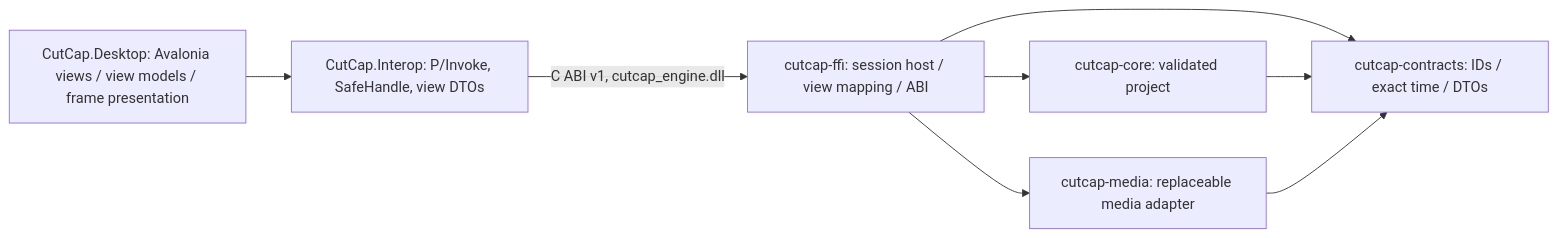
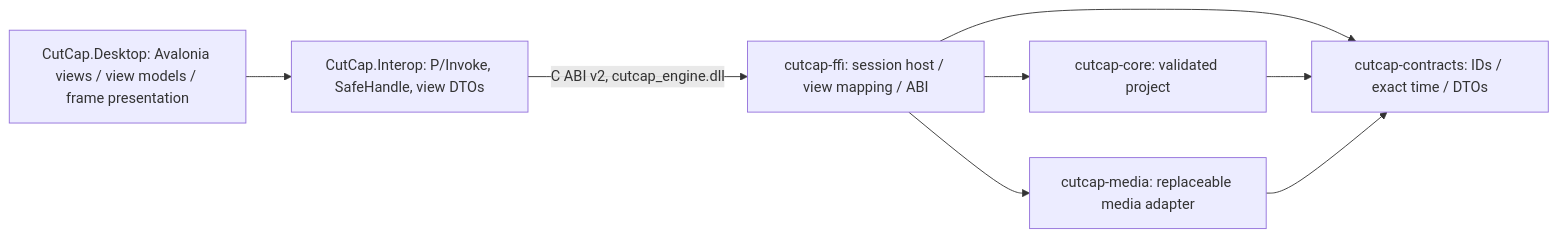
One commit to ayzeeyan/cutcap changed the diagram in docs/ARCHITECTURE.md. Above: the diagram before and after it, drawn with Mermaid. The commit also changed other lines of this file and 44 other files, not shown here.

First line of the commit message:
Phase 2 persistent source playback engine and ABI 2 (GPT-6.1 Sol)

````diff
--- a/docs/ARCHITECTURE.md
+++ b/docs/ARCHITECTURE.md
@@ -7,10 +7,10 @@
 ```mermaid
 flowchart LR
   Desktop[CutCap.Desktop: Avalonia views / view models / frame presentation] --> Interop[CutCap.Interop: P/Invoke, SafeHandle, view DTOs]
-  Interop -- C ABI v1, cutcap_engine.dll --> Ffi[cutcap-ffi: session host / view mapping / ABI]
+  Interop -- C ABI v2, cutcap_engine.dll --> Ffi[cutcap-ffi: session host / view mapping / ABI]
   Ffi --> Core[cutcap-core: validated project]
   Ffi --> Media[cutcap-media: replaceable media adapter]
   Ffi --> Contracts[cutcap-contracts: IDs / exact time / DTOs]
   Core --> Contracts
   Media --> Contracts
 ```
````
